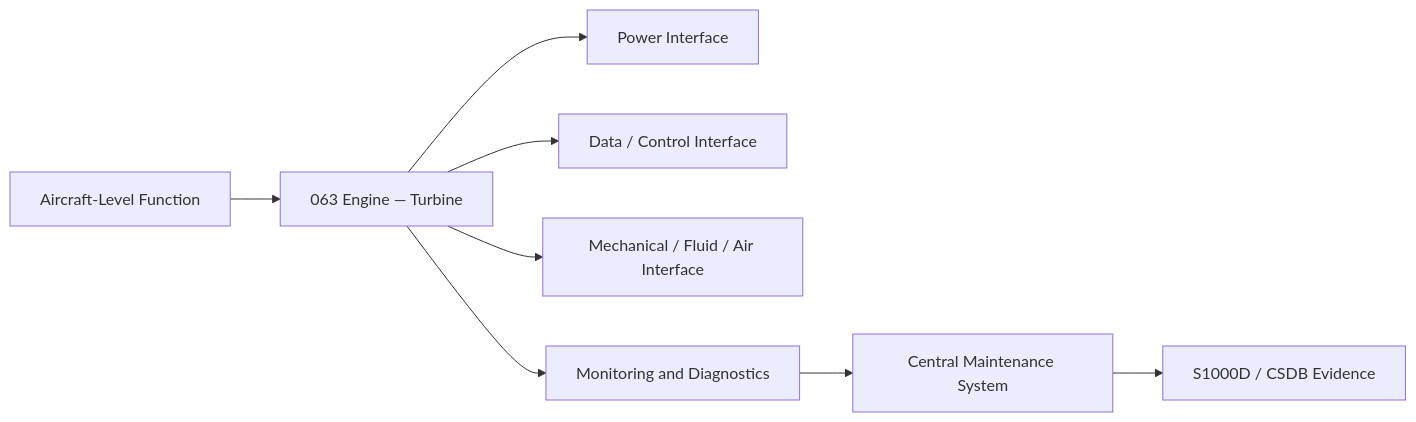
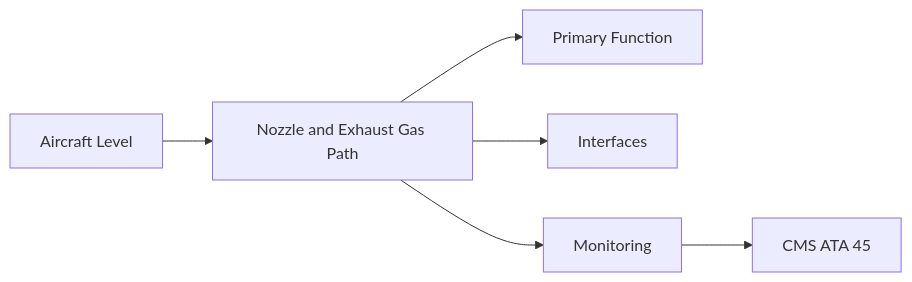
The first of 2 diagrams in Q+ATLANTIDE/000-099_ATLAS/060-069_Propulsion-Tradicional/063_Engine-Turbine/063-050-Nozzle-and-Exhaust-Gas-Path.md (AmedeoPelliccia/Qplus-For-All-Queer-People-and-Quantum), drawn with Mermaid before and after one commit. The commit also changed other lines of this file and 74 other files, not shown here.

````diff
--- a/Q+ATLANTIDE/000-099_ATLAS/060-069_Propulsion-Tradicional/063_Engine-Turbine/063-050-Nozzle-and-Exhaust-Gas-Path.md
+++ b/Q+ATLANTIDE/000-099_ATLAS/060-069_Propulsion-Tradicional/063_Engine-Turbine/063-050-Nozzle-and-Exhaust-Gas-Path.md
@@ -153,10 +83,8 @@
 ```mermaid
 flowchart LR
-    A[Aircraft-Level Function] --> B[063 Engine — Turbine]
-    B --> C[Power Interface]
-    B --> D[Data / Control Interface]
-    B --> E[Mechanical / Fluid / Air Interface]
-    B --> F[Monitoring and Diagnostics]
-    F --> G[Central Maintenance System]
-    G --> H[S1000D / CSDB Evidence]
+    A[Aircraft Level] --> B[Nozzle and Exhaust Gas Path]
+    B --> C[Primary Function]
+    B --> D[Interfaces]
+    B --> E[Monitoring]
+    E --> F[CMS ATA 45]
 ```
````
